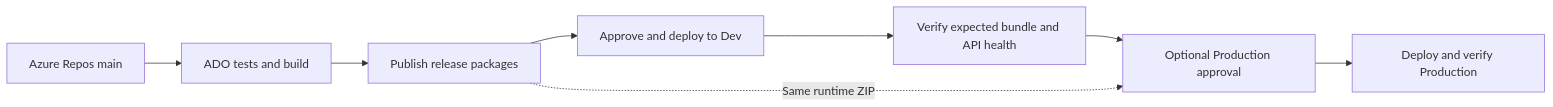
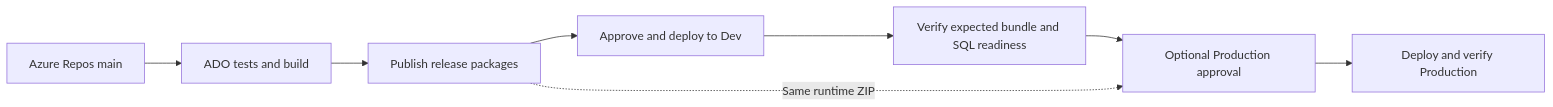
One commit to utkarshpat/Skill-Management-App changed the second of 2 diagrams in docs/AZURE_DEVOPS.md. Above: the diagram before and after it, drawn with Mermaid. The commit also changed other lines of this file and 51 other files, not shown here.

````diff
--- a/docs/AZURE_DEVOPS.md
+++ b/docs/AZURE_DEVOPS.md
@@ -24,10 +24,10 @@
 ```mermaid
 flowchart LR
     A["Azure Repos main"] --> B["ADO tests and build"]
     B --> C["Publish release packages"]
     C --> D["Approve and deploy to Dev"]
-    D --> E["Verify expected bundle and API health"]
+    D --> E["Verify expected bundle and SQL readiness"]
     E --> F["Optional Production approval"]
     C -. "Same runtime ZIP" .-> F
     F --> G["Deploy and verify Production"]
 ```
````
